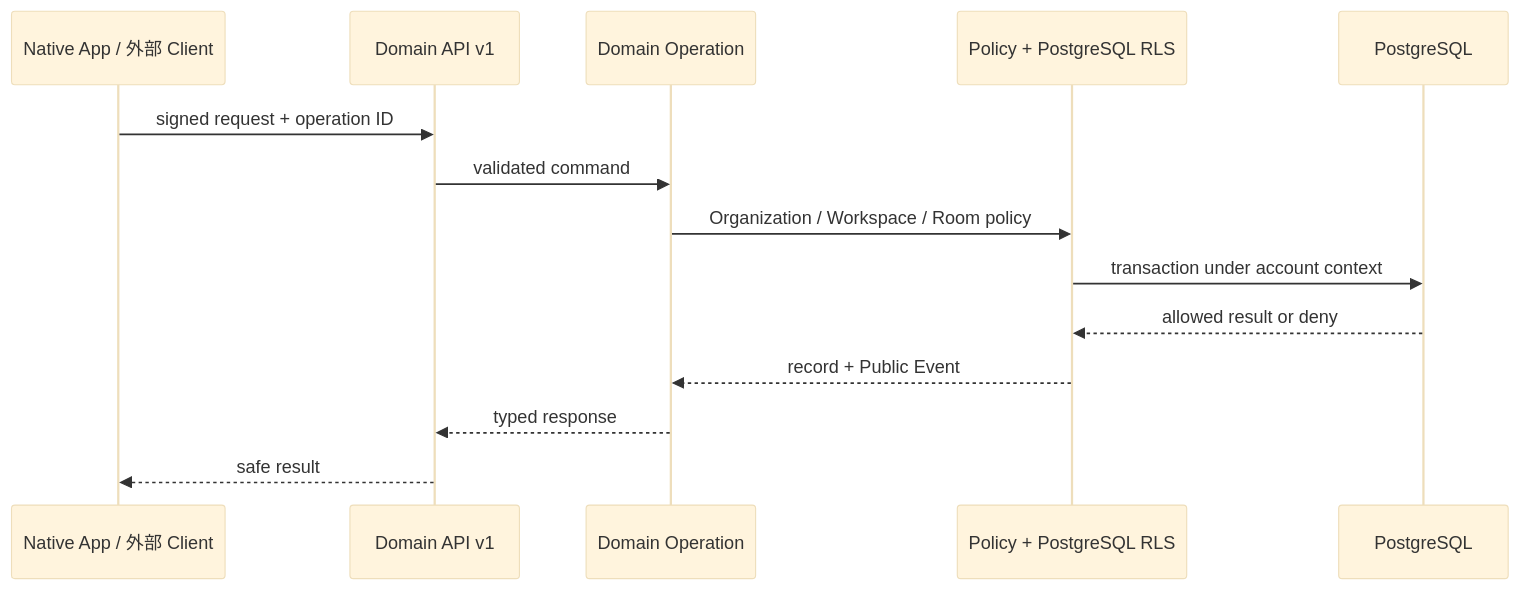
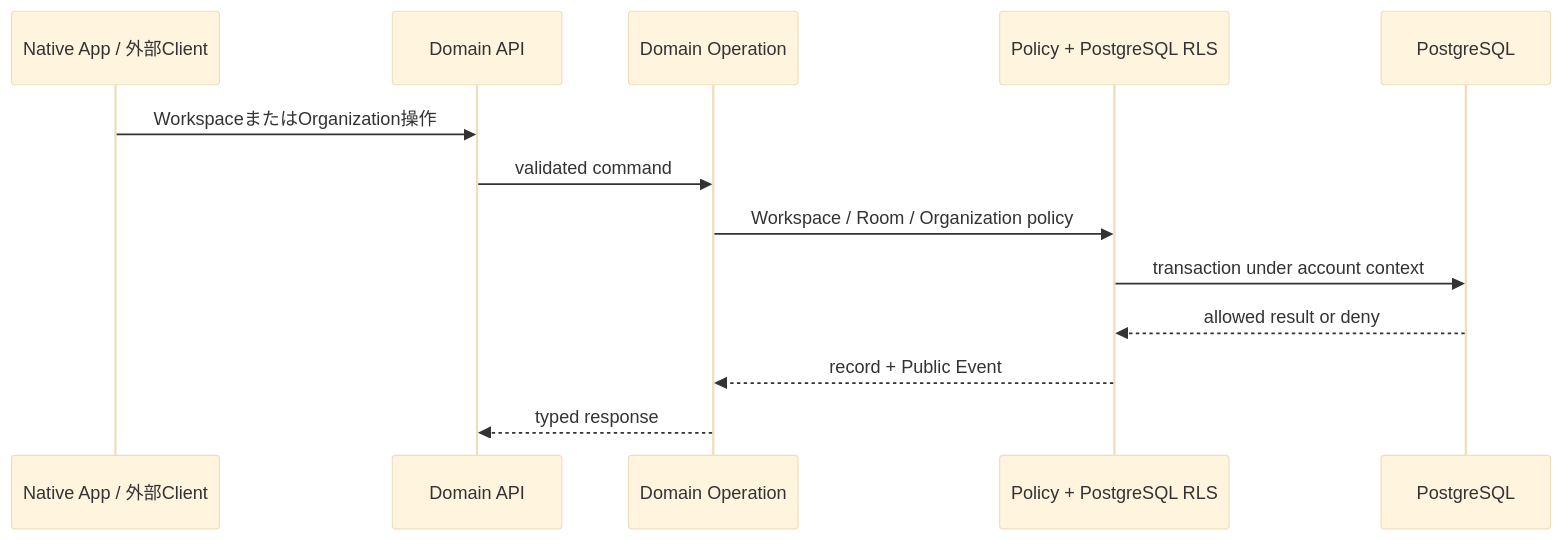
The second of 2 diagrams in docs/designs/organization.md (Takuma-kaho/Samurai-Agent), drawn with Mermaid (base theme) before and after one commit. The commit also changed other lines of this file and 108 other files, not shown here.

````diff
--- a/docs/designs/organization.md
+++ b/docs/designs/organization.md
@@ -139,17 +157,16 @@
-```mermaid
+~~~mermaid
 sequenceDiagram
-  participant C as Native App / 外部 Client
-  participant API as Domain API v1
+  participant C as Native App / 外部Client
+  participant API as Domain API
   participant OP as Domain Operation
   participant P as Policy + PostgreSQL RLS
   participant DB as PostgreSQL
 
-  C->>API: signed request + operation ID
+  C->>API: WorkspaceまたはOrganization操作
   API->>OP: validated command
-  OP->>P: Organization / Workspace / Room policy
+  OP->>P: Workspace / Room / Organization policy
   P->>DB: transaction under account context
   DB-->>P: allowed result or deny
   P-->>OP: record + Public Event
   OP-->>API: typed response
-  API-->>C: safe result
-```
+~~~
````
